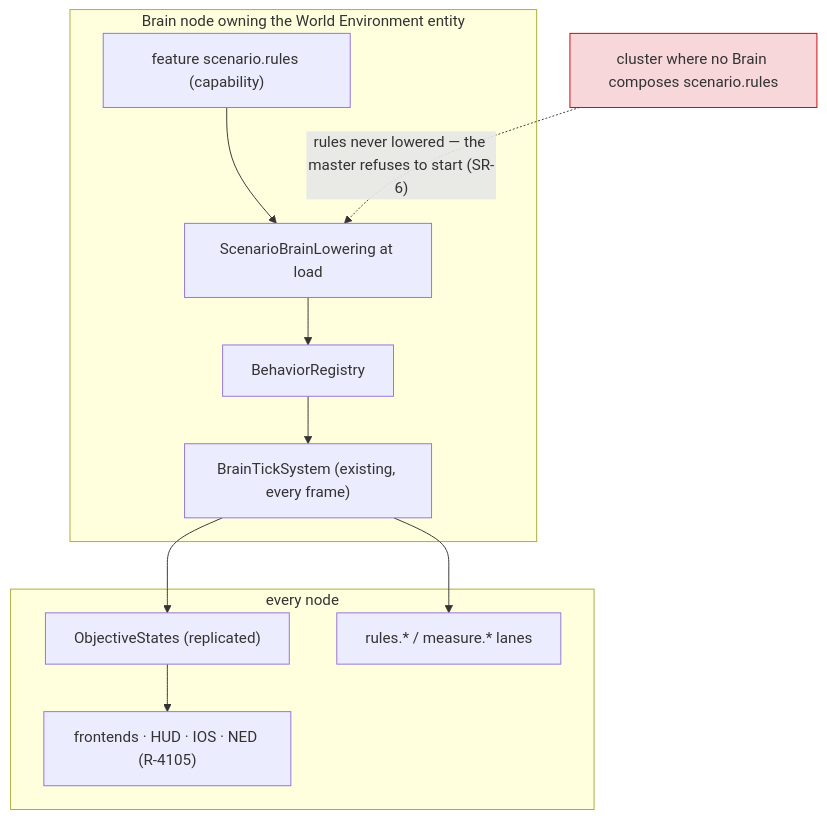
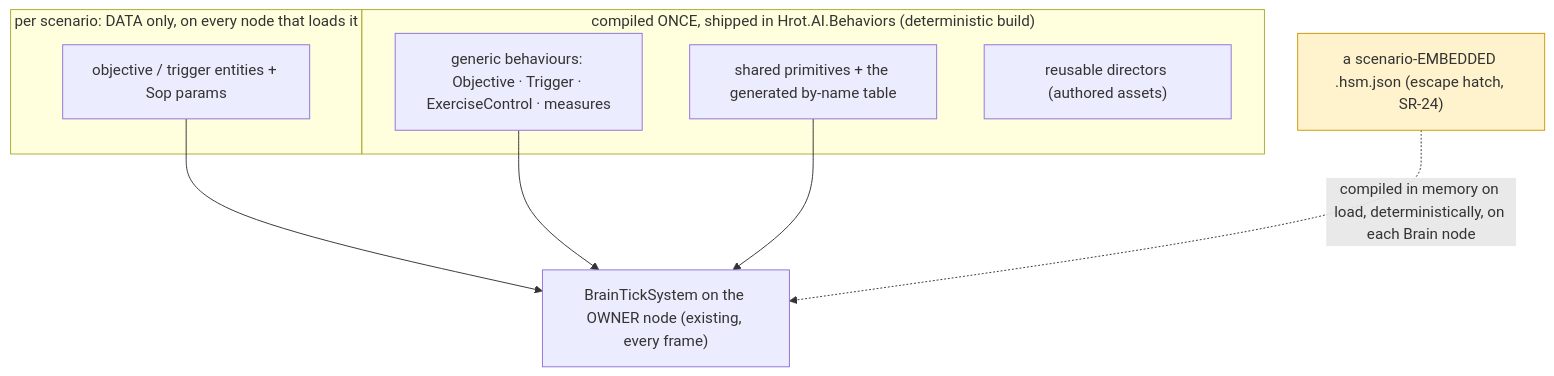
Before and after one commit to pjanec/HROT: the third of 3 diagrams in docs/DESIGN_Scenario_Rules.md, drawn with Mermaid. The commit also changed other lines of this file and 2 other files, not shown here.

First line of the commit message:
docs(scenario rules rev 4): generic behaviours composed by params, conditions by reference — nothing compiles per scenario (R-4112)

````diff
--- a/docs/DESIGN_Scenario_Rules.md
+++ b/docs/DESIGN_Scenario_Rules.md
@@ -169,16 +158,16 @@
 ```mermaid
 graph TD
-    subgraph brain["Brain node owning the World Environment entity"]
-        F["feature scenario.rules (capability)"] --> LOW["ScenarioBrainLowering at load"]
-        LOW --> REG["BehaviorRegistry"]
-        REG --> BT["BrainTickSystem (existing, every frame)"]
+    subgraph shipped["compiled ONCE, shipped in Hrot.AI.Behaviors (deterministic build)"]
+        GB["generic behaviours: Objective · Trigger · ExerciseControl · measures"]
+        PR["shared primitives + the generated by-name table"]
+        DIR["reusable directors (authored assets)"]
     end
-    subgraph every["every node"]
-        OS["ObjectiveStates (replicated)"] --> NED["frontends · HUD · IOS · NED (R-4105)"]
-        LANE["rules.* / measure.* lanes"]
+    subgraph scenario["per scenario: DATA only, on every node that loads it"]
+        ENT["objective / trigger entities + Sop params"]
     end
-    BT --> OS
-    BT --> LANE
-    NOF["cluster where no Brain composes scenario.rules"]:::dead -. "rules never lowered — the master refuses to start (SR-6)" .-> LOW
-    classDef dead fill:#f8d7da,stroke:#c00
+    ENT --> BT["BrainTickSystem on the OWNER node (existing, every frame)"]
+    GB --> BT
+    PR --> BT
+    EMB["a scenario-EMBEDDED .hsm.json (escape hatch, SR-24)"]:::rare -. "compiled in memory on load, deterministically, on each Brain node" .-> BT
+    classDef rare fill:#fff3cd,stroke:#c90
 ```
````
